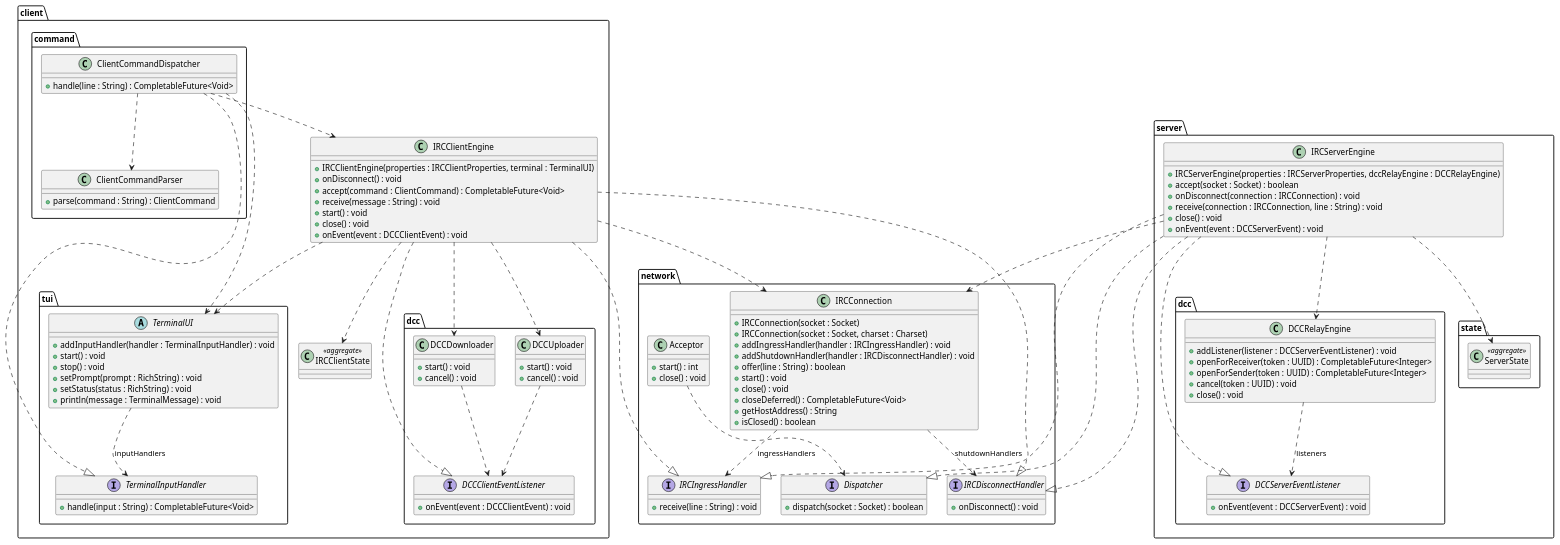
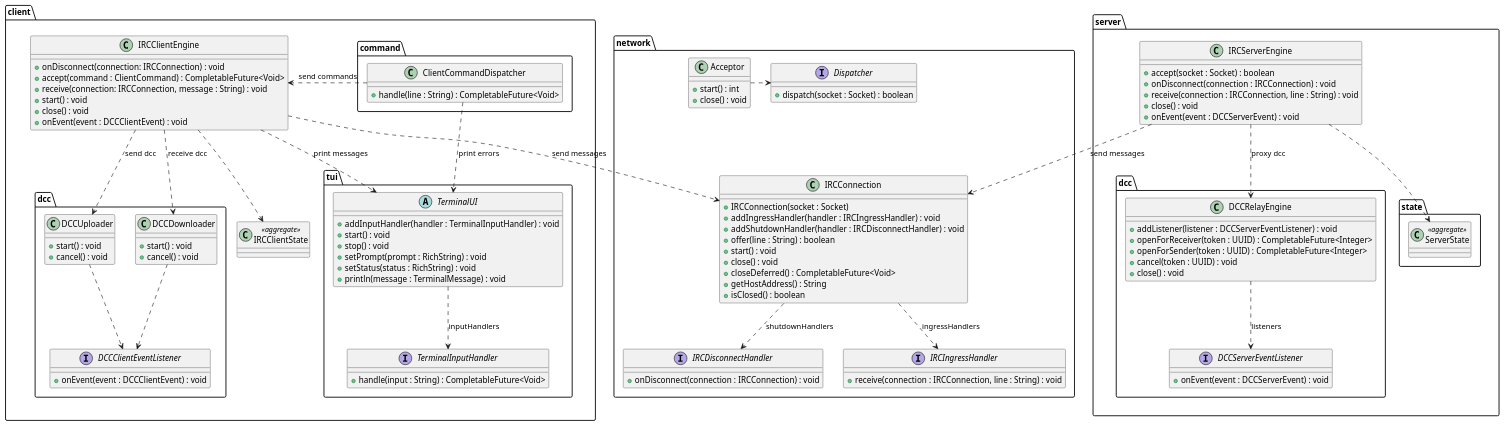
Before and after one commit to jesse-grabowski/toy-irc-server-client: the diagram in doc/class-diagram.puml, drawn with PlantUML. The commit also changed 5 other files, not shown here.

```diff
--- a/doc/class-diagram.puml
+++ b/doc/class-diagram.puml
@@ -1,161 +1,151 @@
 @startuml
 skinparam class {
   Padding 5
   AttributeFontSize 14
   MethodFontSize 14
 }
 top to bottom direction
 
 package client as CLI {
-    package command {
-        class ClientCommandParser {
-            +parse(command : String) : ClientCommand
+    together {
+        package command {
+            class ClientCommandDispatcher {
+                +handle(line : String) : CompletableFuture<Void>
+            }
         }
 
-        class ClientCommandDispatcher {
-            +handle(line : String) : CompletableFuture<Void>
+        package tui as TUI {
+            abstract class TerminalUI {
+                +addInputHandler(handler : TerminalInputHandler) : void
+                +start() : void
+                +stop() : void
+                +setPrompt(prompt : RichString) : void
+                +setStatus(status : RichString) : void
+                +println(message : TerminalMessage) : void
+            }
+
+            interface TerminalInputHandler {
+                +handle(input : String) : CompletableFuture<Void>
+            }
+
+            TerminalUI ..> TerminalInputHandler : inputHandlers
         }
     }
 
-    package dcc {
+    package dcc as CLI_DCC {
 
         interface DCCClientEventListener {
             +onEvent(event : DCCClientEvent) : void
         }
 
         class DCCDownloader {
             +start() : void
             +cancel() : void
         }
 
         class DCCUploader {
             +start() : void
             +cancel() : void
         }
 
         DCCDownloader ..> DCCClientEventListener
         DCCUploader ..> DCCClientEventListener
     }
 
-    package tui {
-        abstract class TerminalUI {
-            +addInputHandler(handler : TerminalInputHandler) : void
-            +start() : void
-            +stop() : void
-            +setPrompt(prompt : RichString) : void
-            +setStatus(status : RichString) : void
-            +println(message : TerminalMessage) : void
-        }
-
-        interface TerminalInputHandler {
-            +handle(input : String) : CompletableFuture<Void>
-        }
-
-        TerminalUI ..> TerminalInputHandler : inputHandlers
-    }
 
     class IRCClientState <<aggregate>> {}
 
     class IRCClientEngine {
-        +IRCClientEngine(properties : IRCClientProperties, terminal : TerminalUI)
-        +onDisconnect() : void
+        +onDisconnect(connection: IRCConnection) : void
         +accept(command : ClientCommand) : CompletableFuture<Void>
-        +receive(message : String) : void
+        +receive(connection: IRCConnection, message : String) : void
         +start() : void
         +close() : void
         +onEvent(event : DCCClientEvent) : void
     }
 }
 
 package network as NET {
 
     interface IRCDisconnectHandler {
-        +onDisconnect() : void
+        +onDisconnect(connection : IRCConnection) : void
     }
 
     interface IRCIngressHandler {
-        +receive(line : String) : void
+        +receive(connection : IRCConnection, line : String) : void
     }
 
     class IRCConnection {
         +IRCConnection(socket : Socket)
-        +IRCConnection(socket : Socket, charset : Charset)
         +addIngressHandler(handler : IRCIngressHandler) : void
         +addShutdownHandler(handler : IRCDisconnectHandler) : void
         +offer(line : String) : boolean
         +start() : void
         +close() : void
         +closeDeferred() : CompletableFuture<Void>
         +getHostAddress() : String
         +isClosed() : boolean
     }
 
     class Acceptor {
         +start() : int
         +close() : void
     }
 
     interface Dispatcher {
         +dispatch(socket : Socket) : boolean
     }
 
-    Acceptor ..> Dispatcher
+    Acceptor .right.> Dispatcher
     IRCConnection ..> IRCIngressHandler : ingressHandlers
     IRCConnection ..> IRCDisconnectHandler : shutdownHandlers
 }
 
 package server as SRV {
     package dcc {
         interface DCCServerEventListener {
             +onEvent(event : DCCServerEvent) : void
         }
 
         class DCCRelayEngine {
             +addListener(listener : DCCServerEventListener) : void
             +openForReceiver(token : UUID) : CompletableFuture<Integer>
             +openForSender(token : UUID) : CompletableFuture<Integer>
             +cancel(token : UUID) : void
             +close() : void
         }
 
         DCCRelayEngine ..> DCCServerEventListener : listeners
     }
 
     package state {
         class ServerState <<aggregate>>
     }
 
     class IRCServerEngine {
-        +IRCServerEngine(properties : IRCServerProperties, dccRelayEngine : DCCRelayEngine)
         +accept(socket : Socket) : boolean
         +onDisconnect(connection : IRCConnection) : void
         +receive(connection : IRCConnection, line : String) : void
         +close() : void
         +onEvent(event : DCCServerEvent) : void
     }
 }
 
-ClientCommandDispatcher ..|> TerminalInputHandler
-ClientCommandDispatcher ..> ClientCommandParser
-ClientCommandDispatcher ..> TerminalUI
-ClientCommandDispatcher ..> IRCClientEngine
+Dispatcher -[hidden]down-> IRCConnection
+CLI -[hidden]right-> SRV
 
-IRCClientEngine ..|> DCCClientEventListener
-IRCClientEngine ..|> IRCDisconnectHandler
-IRCClientEngine ..|> IRCIngressHandler
-IRCClientEngine ..> TerminalUI
-IRCClientEngine ..> IRCConnection
+ClientCommandDispatcher ..> TerminalUI : print errors
+ClientCommandDispatcher .right.> IRCClientEngine : send commands
+
+IRCClientEngine ..> TerminalUI : print messages
+IRCClientEngine ..> IRCConnection : send messages
 IRCClientEngine ..> IRCClientState
-IRCClientEngine ..> DCCDownloader
-IRCClientEngine ..> DCCUploader
+IRCClientEngine ..> DCCDownloader : receive dcc
+IRCClientEngine ..> DCCUploader : send dcc
 
-IRCServerEngine ..|> DCCServerEventListener
-IRCServerEngine ..|> IRCDisconnectHandler
-IRCServerEngine ..|> IRCIngressHandler
-IRCServerEngine ..> DCCRelayEngine
+IRCServerEngine ..> DCCRelayEngine : proxy dcc
 IRCServerEngine ..> ServerState
-IRCServerEngine ..> IRCConnection
-IRCServerEngine ..|> Dispatcher
+IRCServerEngine ..> IRCConnection : send messages
 
 
 @enduml
```
